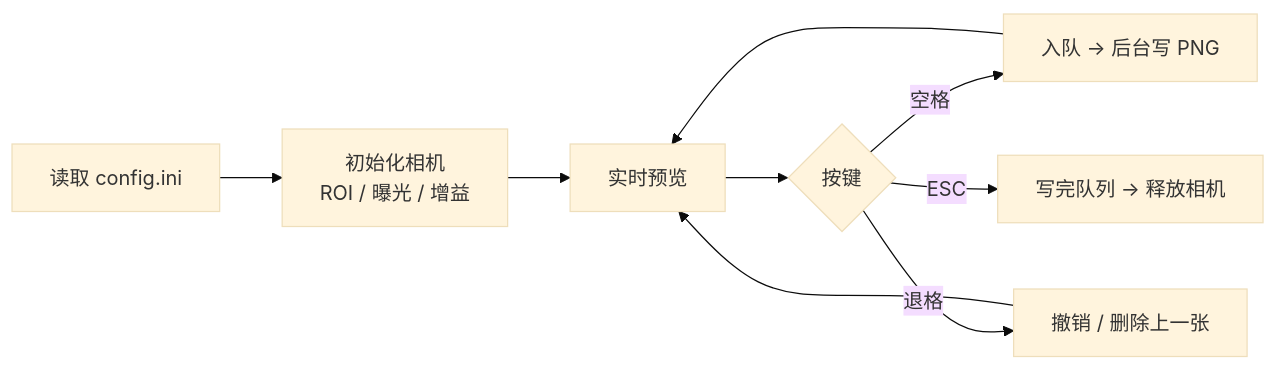
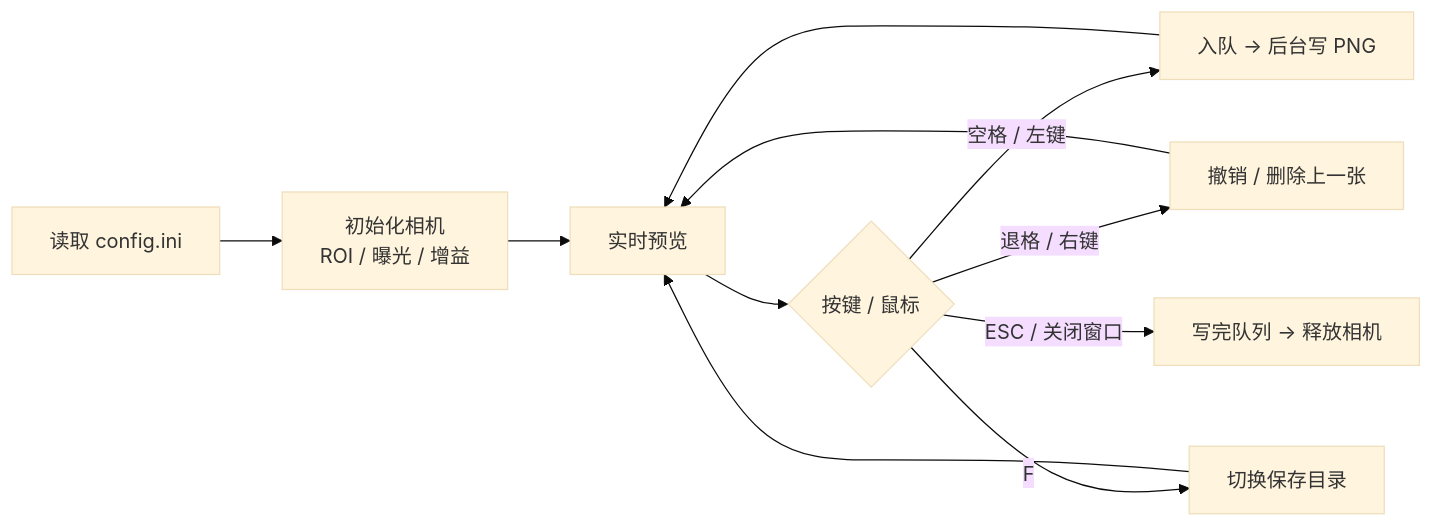
One commit to nano-25131/Spinnaker changed the diagram in README.md. Above: the diagram before and after it, drawn with Mermaid (base theme). The commit also changed other lines of this file and 12 other files, not shown here.

````diff
--- a/README.md
+++ b/README.md
@@ -35,11 +34,13 @@
 ```mermaid
 flowchart LR
     A["读取 config.ini"] --> B["初始化相机<br/>ROI / 曝光 / 增益"]
     B --> C["实时预览"]
-    C --> D{"按键"}
-    D -->|空格| E["入队 → 后台写 PNG"]
-    D -->|退格| F["撤销 / 删除上一张"]
-    D -->|ESC| G["写完队列 → 释放相机"]
+    C --> D{"按键 / 鼠标"}
+    D -->|空格 / 左键| E["入队 → 后台写 PNG"]
+    D -->|退格 / 右键| F["撤销 / 删除上一张"]
+    D -->|F| H["切换保存目录"]
+    D -->|ESC / 关闭窗口| G["写完队列 → 释放相机"]
     E --> C
     F --> C
+    H --> C
 ```
````
